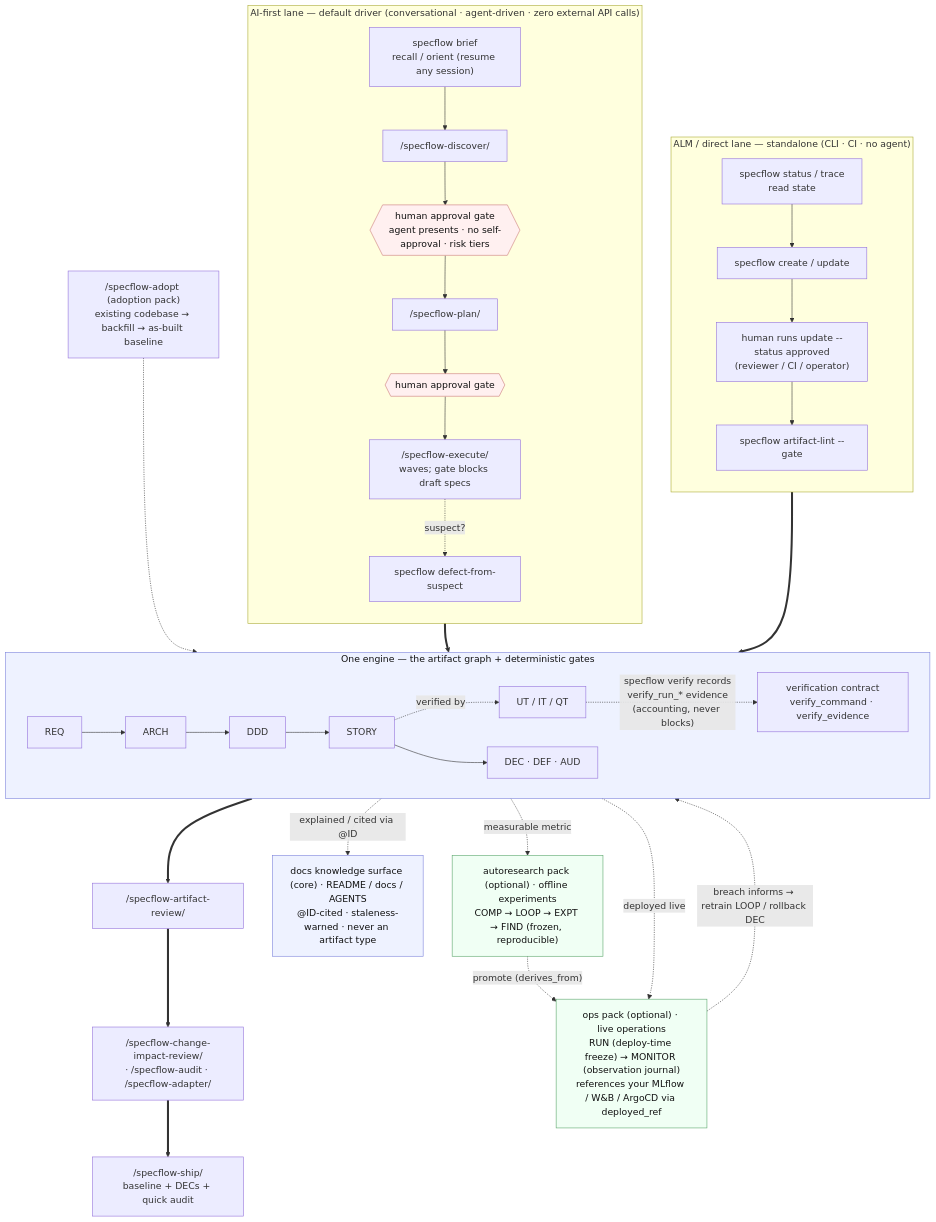
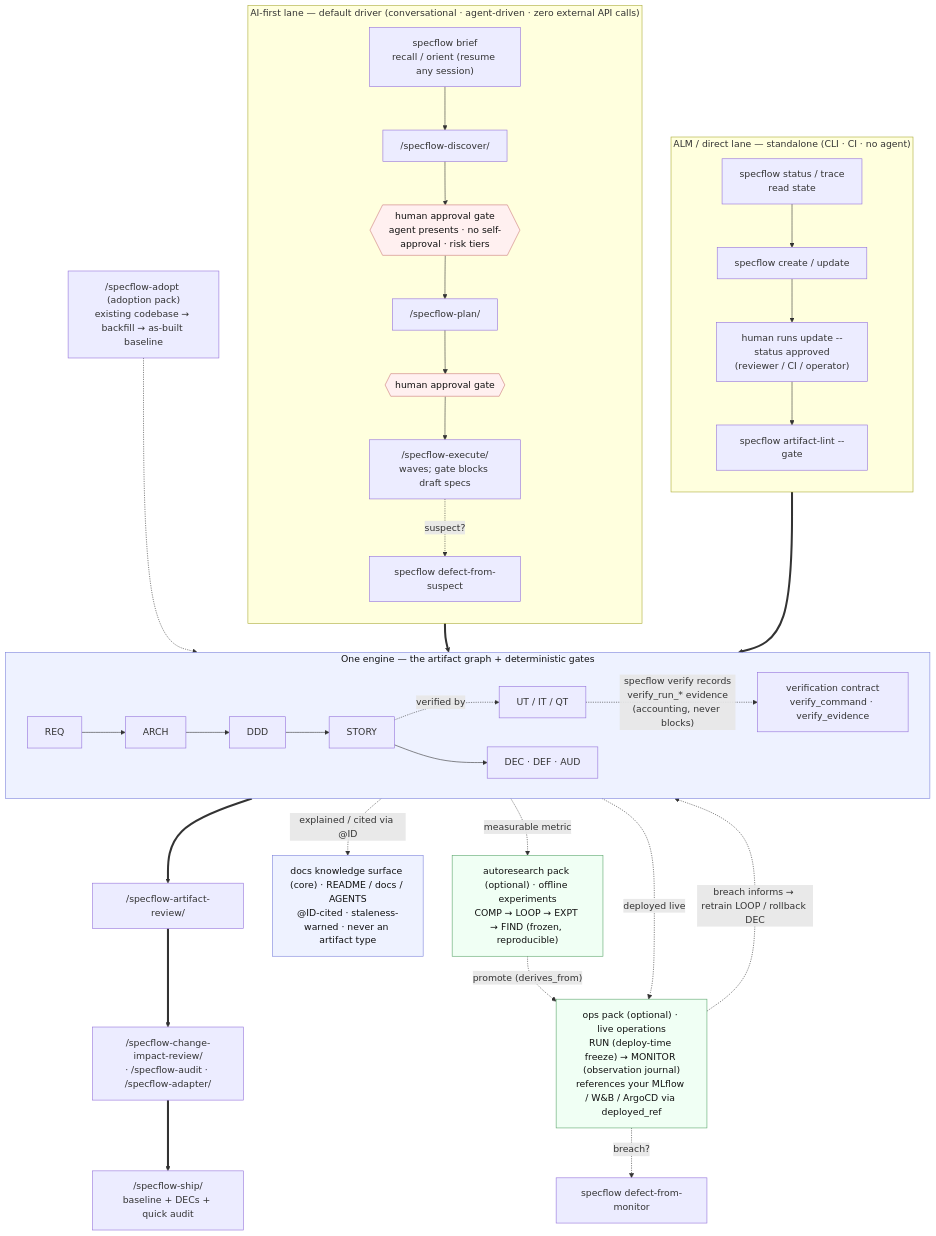
The diagram in docs/lifecycle.md (Longhuiberkeley/specflow), drawn with Mermaid before and after one commit. The commit also changed other lines of this file and 1 other file, not shown here.

Commit message:
docs: defect-from-monitor in cli-reference and lifecycle (mermaid + ascii + prose)

````diff
--- a/docs/lifecycle.md
+++ b/docs/lifecycle.md
@@ -16,54 +16,55 @@
 ```mermaid
 flowchart TB
     classDef engine fill:#eef2ff,stroke:#7c83db,color:#111;
     classDef gate fill:#fff0f0,stroke:#cc7a7a,color:#111;
     classDef pack fill:#f0fff4,stroke:#5aa56a,color:#111;
 
     subgraph AI["AI-first lane — default driver (conversational · agent-driven · zero external API calls)"]
         direction TB
         BR["specflow brief<br/>recall / orient (resume any session)"] --> AID["/specflow-discover/"]
         AID --> AG1{{"human approval gate<br/>agent presents · no self-approval · risk tiers"}}
         AG1 --> AIP["/specflow-plan/"]
         AIP --> AG2{{"human approval gate"}}
         AG2 --> AIE["/specflow-execute/<br/>waves; gate blocks draft specs"]
         AIE -. "suspect?" .-> DFS["specflow defect-from-suspect"]
     end
 
     subgraph ALM["ALM / direct lane — standalone (CLI · CI · no agent)"]
         direction TB
         ALS["specflow status / trace<br/>read state"] --> ALC["specflow create / update"]
         ALC --> ALG["human runs update --status approved<br/>(reviewer / CI / operator)"]
         ALG --> ALL["specflow artifact-lint --gate"]
     end
 
     subgraph ENG["One engine — the artifact graph + deterministic gates"]
         direction LR
         REQ --> ARCH --> DDD --> STORY
         STORY -. "verified by" .-> TST["UT / IT / QT"]
         TST -. "specflow verify records<br/>verify_run_* evidence<br/>(accounting, never blocks)" .-> VRF["verification contract<br/>verify_command · verify_evidence"]
         STORY --> WRK["DEC · DEF · AUD"]
     end
 
     ADOPT["/specflow-adopt (adoption pack)<br/>existing codebase → backfill → as-built baseline"]
     ADOPT -.-> ENG
     AI ==> ENG
     ALM ==> ENG
     ENG ==> REV["/specflow-artifact-review/"]
     REV ==> NEXT["/specflow-change-impact-review/<br/>· /specflow-audit · /specflow-adapter/"]
     NEXT ==> SHIP["/specflow-ship/<br/>baseline + DECs + quick audit"]
 
     DOCS["docs knowledge surface (core) · README / docs / AGENTS<br/>@ID-cited · staleness-warned · never an artifact type"]
     ENG -. "explained / cited via @ID" .-> DOCS
 
     %% Optional pack-activated extensions — not mandatory lanes; the engine works without them.
     RES["autoresearch pack (optional) · offline experiments<br/>COMP → LOOP → EXPT → FIND (frozen, reproducible)"]
     OPS["ops pack (optional) · live operations<br/>RUN (deploy-time freeze) → MONITOR (observation journal)<br/>references your MLflow / W&amp;B / ArgoCD via deployed_ref"]
     ENG -. "measurable metric" .-> RES
     ENG -. "deployed live" .-> OPS
     RES -. "promote (derives_from)" .-> OPS
     OPS -. "breach informs → retrain LOOP / rollback DEC" .-> ENG
+    OPS -. "breach?" .-> DFM["specflow defect-from-monitor"]
 
     class ENG,DOCS engine
     class AG1,AG2 gate
     class RES,OPS pack
 ```
````
